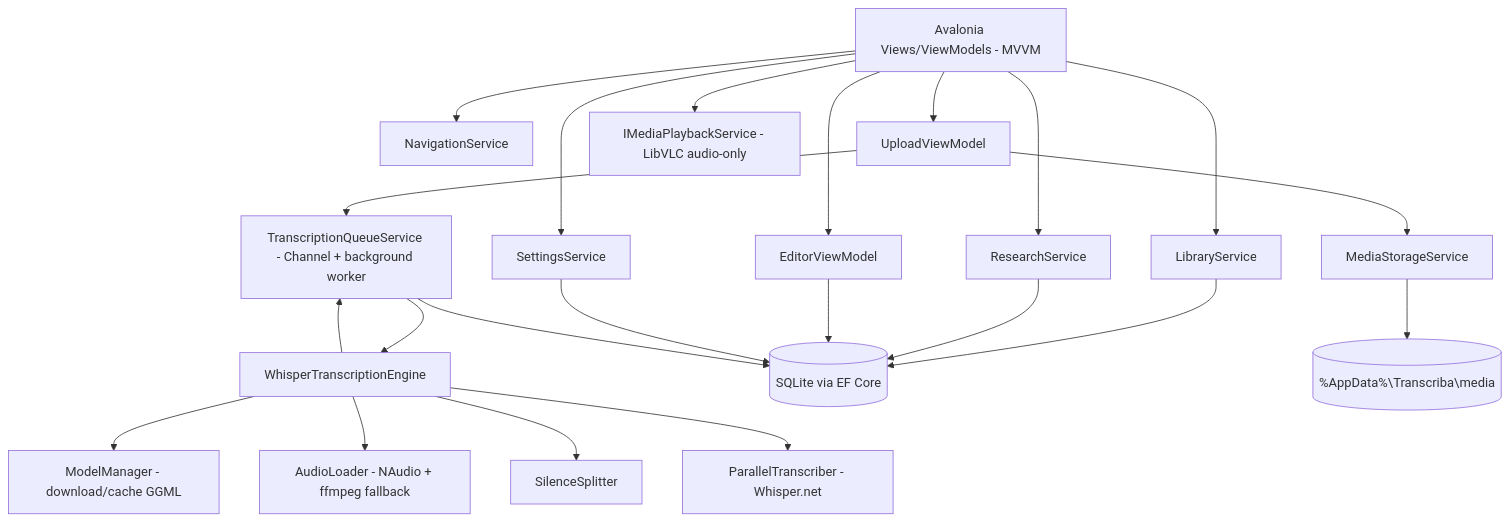
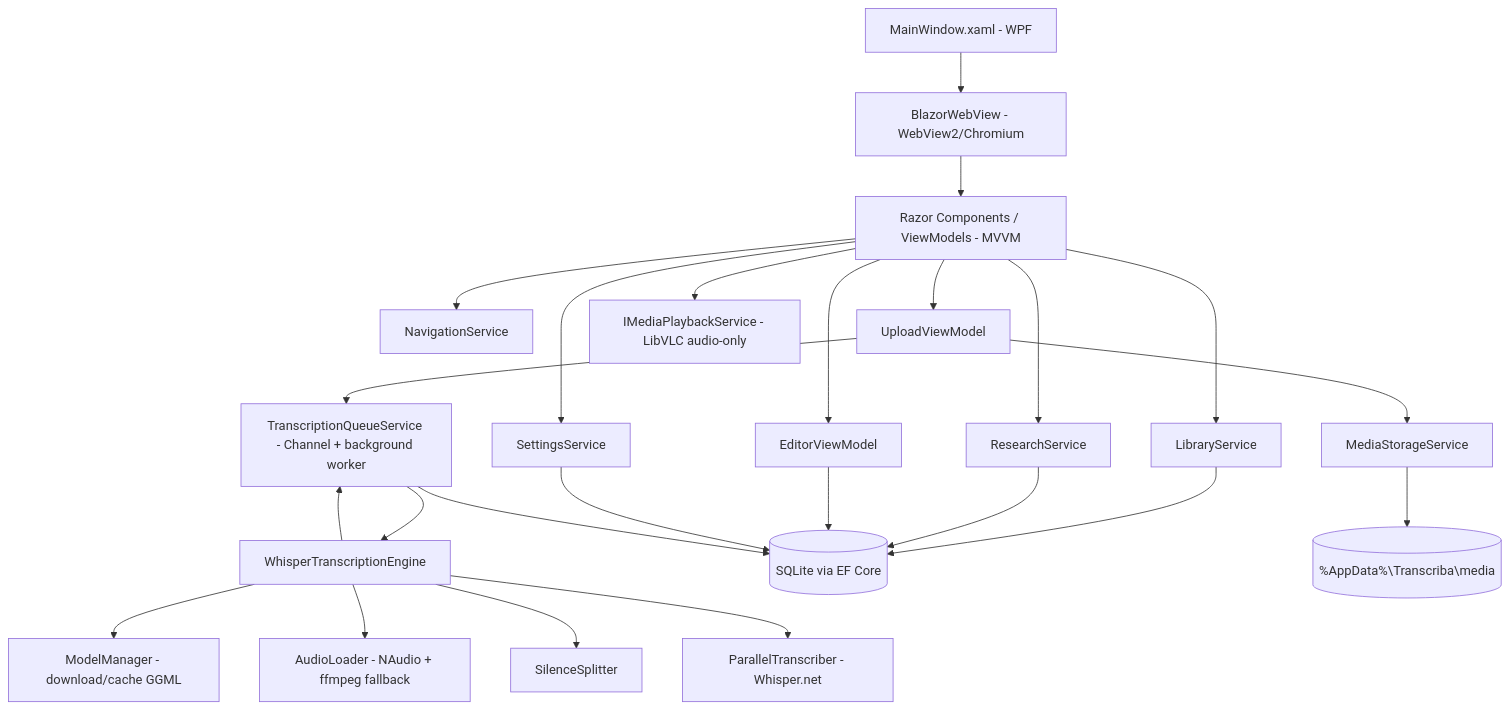
One commit to gnios/Verso changed the diagram in .specs/features/transcriba-desktop/design.md. Above: the diagram before and after it, drawn with Mermaid. The commit also changed other lines of this file and 112 other files, not shown here.

````diff
--- a/.specs/features/transcriba-desktop/design.md
+++ b/.specs/features/transcriba-desktop/design.md
@@ -12,26 +16,29 @@
 ```mermaid
 graph TD
-    UI[Avalonia Views/ViewModels - MVVM] --> NAV[NavigationService]
+    UI[Razor Components / ViewModels - MVVM] --> NAV[NavigationService]
     UI --> LIB[LibraryService]
     UI --> RES[ResearchService]
     UI --> UP[UploadViewModel]
     UI --> ED[EditorViewModel]
     UI --> SET[SettingsService]
     UI --> PLAY[IMediaPlaybackService - LibVLC audio-only]
 
     UP --> MS[MediaStorageService]
     UP --> Q[TranscriptionQueueService - Channel + background worker]
     Q --> ENG[WhisperTranscriptionEngine]
     ENG --> MODEL[ModelManager - download/cache GGML]
     ENG --> LOAD[AudioLoader - NAudio + ffmpeg fallback]
     ENG --> VAD[SilenceSplitter]
     ENG --> PAR[ParallelTranscriber - Whisper.net]
     ENG --> Q
 
     LIB --> DB[(SQLite via EF Core)]
     RES --> DB
     ED --> DB
     SET --> DB
     Q --> DB
     MS --> FS[(%AppData%\Transcriba\media)]
+
+    HOST[MainWindow.xaml - WPF] --> BWV[BlazorWebView - WebView2/Chromium]
+    BWV --> UI
 ```
````
